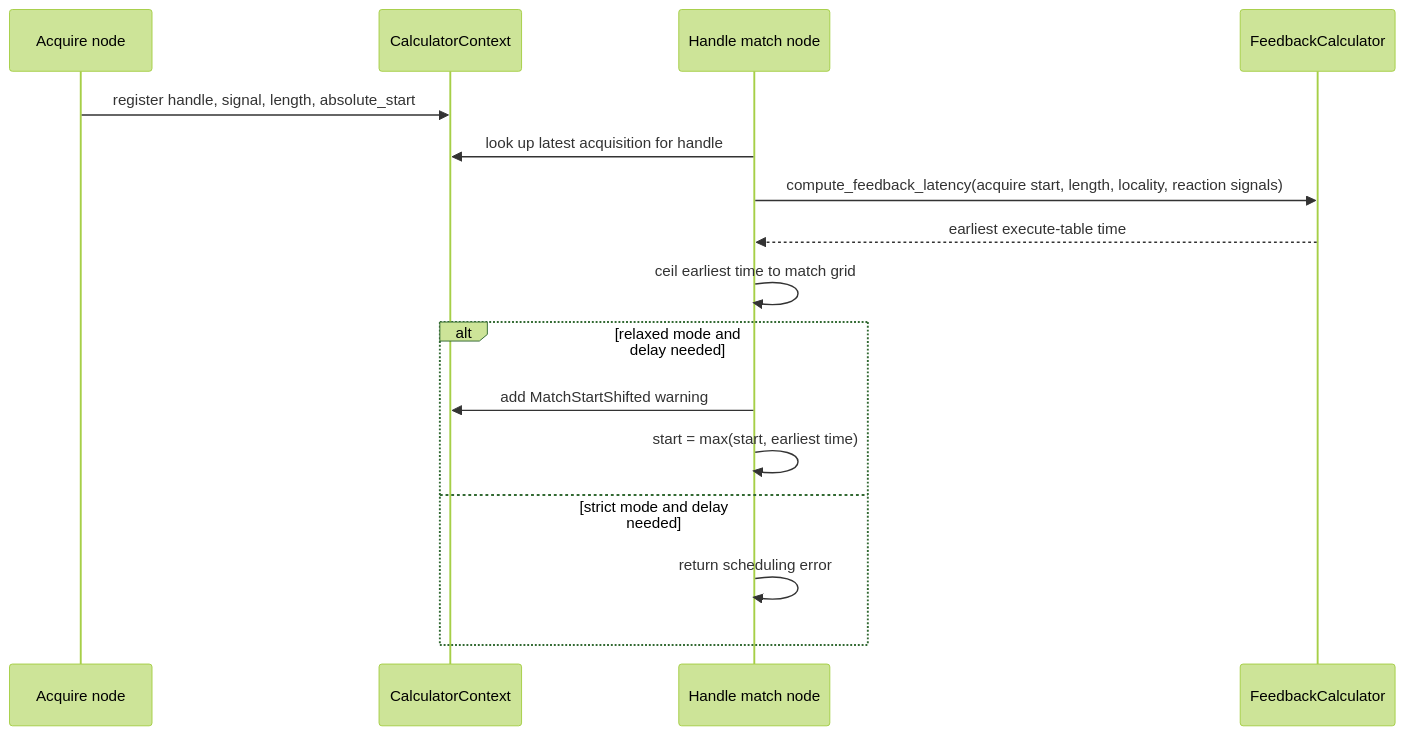
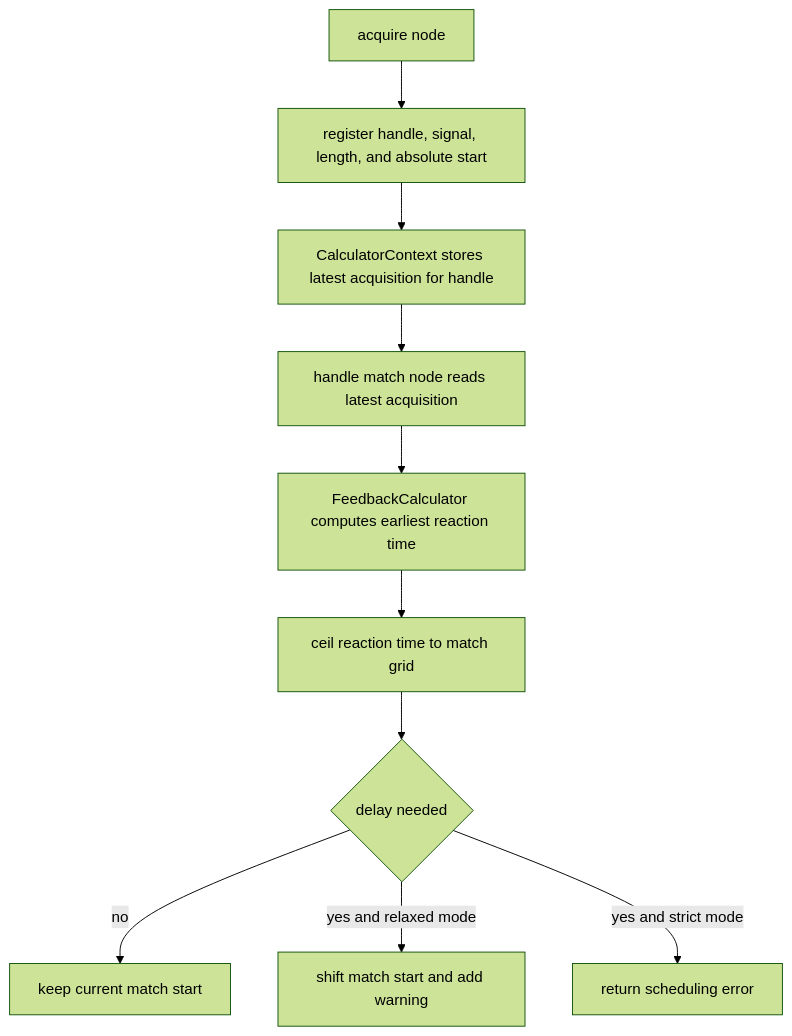
Before and after one commit to brianzi/laboneq-devguide: the tenth of 11 diagrams in docs/04a-global-scheduling-implementation.md, drawn with Mermaid (forest theme). The commit also changed other lines of this file, not shown here.

Commit message:
Fix scheduling Mermaid diagrams

````diff
--- a/docs/04a-global-scheduling-implementation.md
+++ b/docs/04a-global-scheduling-implementation.md
@@ -249,19 +238,12 @@
 ```mermaid
-sequenceDiagram
-    participant A as Acquire node
-    participant C as CalculatorContext
-    participant M as Handle match node
-    participant F as FeedbackCalculator
-
-    A->>C: register handle, signal, length, absolute_start
-    M->>C: look up latest acquisition for handle
-    M->>F: compute_feedback_latency(acquire start, length, locality, reaction signals)
-    F-->>M: earliest execute-table time
-    M->>M: ceil earliest time to match grid
-    alt relaxed mode and delay needed
-        M->>C: add MatchStartShifted warning
-        M->>M: start = max(start, earliest time)
-    else strict mode and delay needed
-        M->>M: return scheduling error
-    end
+flowchart TD
+    A["acquire node"] --> B["register handle, signal, length, and absolute start"]
+    B --> C["CalculatorContext stores latest acquisition for handle"]
+    C --> D["handle match node reads latest acquisition"]
+    D --> E["FeedbackCalculator computes earliest reaction time"]
+    E --> F["ceil reaction time to match grid"]
+    F --> G{"delay needed"}
+    G -->|"no"| H["keep current match start"]
+    G -->|"yes and relaxed mode"| I["shift match start and add warning"]
+    G -->|"yes and strict mode"| J["return scheduling error"]
 ```
````
